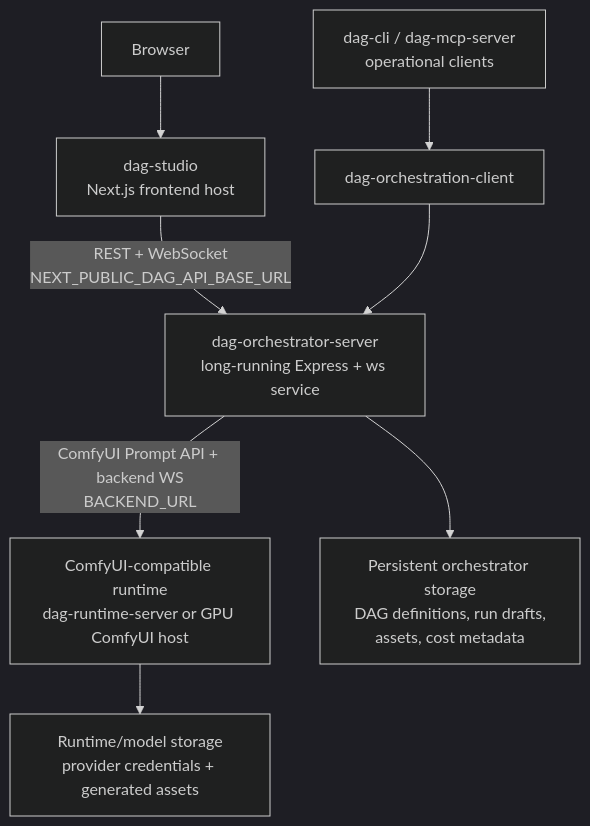
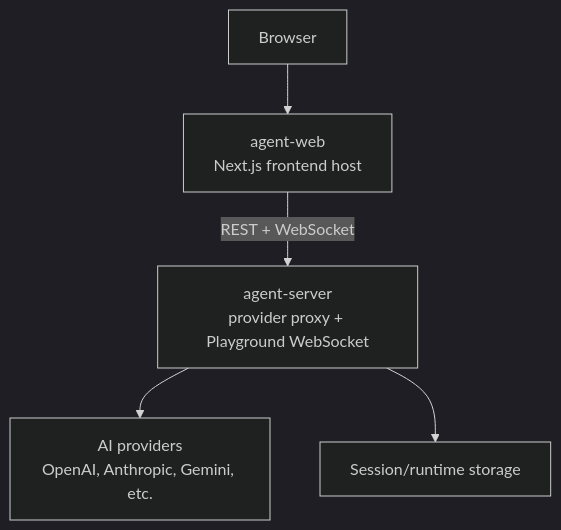
One commit to woojubb/robota changed the first of 2 diagrams in .agents/specs/architecture-map/apps-and-deployment.md. Above: the diagram before and after it, drawn with Mermaid (dark theme). The commit also changed other lines of this file and 621 other files, not shown here.

````diff
--- a/.agents/specs/architecture-map/apps-and-deployment.md
+++ b/.agents/specs/architecture-map/apps-and-deployment.md
@@ -12,19 +12,13 @@
 ```mermaid
 flowchart TD
   Browser["Browser"]
-  Studio["dag-studio\nNext.js frontend host"]
-  CLI["dag-cli / dag-mcp-server\noperational clients"]
-  Client["dag-orchestration-client"]
-  Orchestrator["dag-orchestrator-server\nlong-running Express + ws service"]
-  Runtime["ComfyUI-compatible runtime\ndag-runtime-server or GPU ComfyUI host"]
-  OrchestratorStorage["Persistent orchestrator storage\nDAG definitions, run drafts,\nassets, cost metadata"]
-  RuntimeStorage["Runtime/model storage\nprovider credentials + generated assets"]
+  AgentWeb["agent-web\nNext.js frontend host"]
+  AgentServer["agent-server\nprovider proxy + Playground WebSocket"]
+  Providers["AI providers\nOpenAI, Anthropic, Gemini, etc."]
+  SessionStorage["Session/runtime storage"]
 
-  Browser --> Studio
-  Studio -- "REST + WebSocket\nNEXT_PUBLIC_DAG_API_BASE_URL" --> Orchestrator
-  CLI --> Client
-  Client --> Orchestrator
-  Orchestrator -- "ComfyUI Prompt API + backend WS\nBACKEND_URL" --> Runtime
-  Orchestrator --> OrchestratorStorage
-  Runtime --> RuntimeStorage
+  Browser --> AgentWeb
+  AgentWeb -- "REST + WebSocket" --> AgentServer
+  AgentServer --> Providers
+  AgentServer --> SessionStorage
 ```
````
